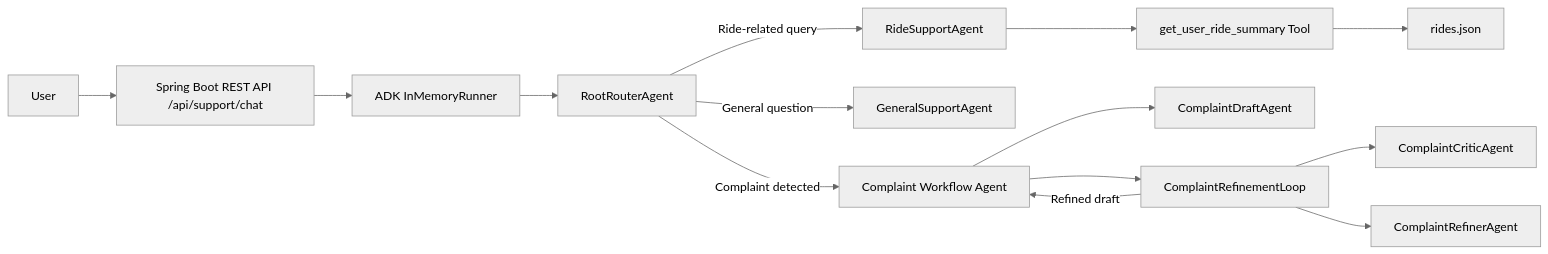
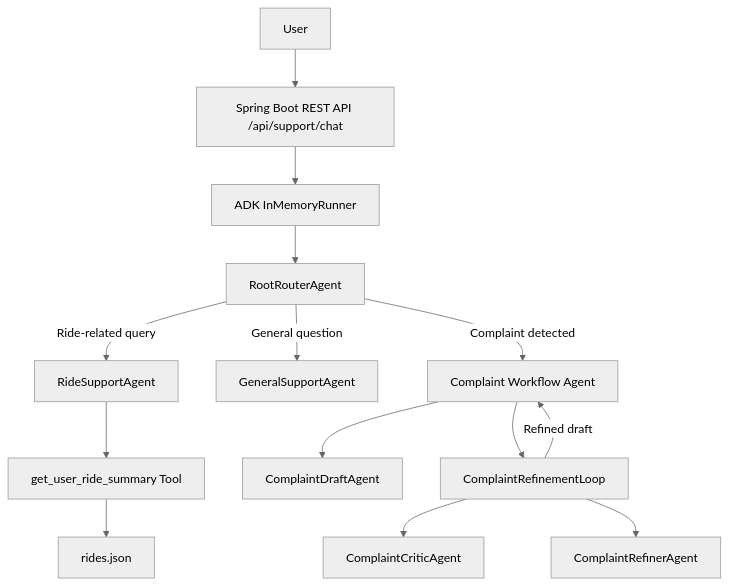
The first of 3 diagrams in README.md (shajikurian/CC-AgenticAI), drawn with Mermaid (neutral theme) before and after one commit.

Commit message:
Changed architecture TD

````diff
--- a/README.md
+++ b/README.md
@@ -81,19 +81,19 @@
 ```mermaid
-graph LR
+graph TD
     User[User] --> API[Spring Boot REST API /api/support/chat]
     API --> Runner[ADK InMemoryRunner]
     Runner --> Root[RootRouterAgent]
 
     Root -->|Ride-related query| RideAgent[RideSupportAgent]
     Root -->|General question| GeneralAgent[GeneralSupportAgent]
     Root -->|Complaint detected| ComplaintWorkflow[Complaint Workflow Agent]
 
     ComplaintWorkflow --> Draft[ComplaintDraftAgent]
     ComplaintWorkflow --> Loop[ComplaintRefinementLoop]
     Loop --> Critic[ComplaintCriticAgent]
     Loop --> Refiner[ComplaintRefinerAgent]
     Loop -->|Refined draft| ComplaintWorkflow
 
     RideAgent --> Tool[get_user_ride_summary Tool]
     Tool --> RidesFile["rides.json"]
 ```
````
